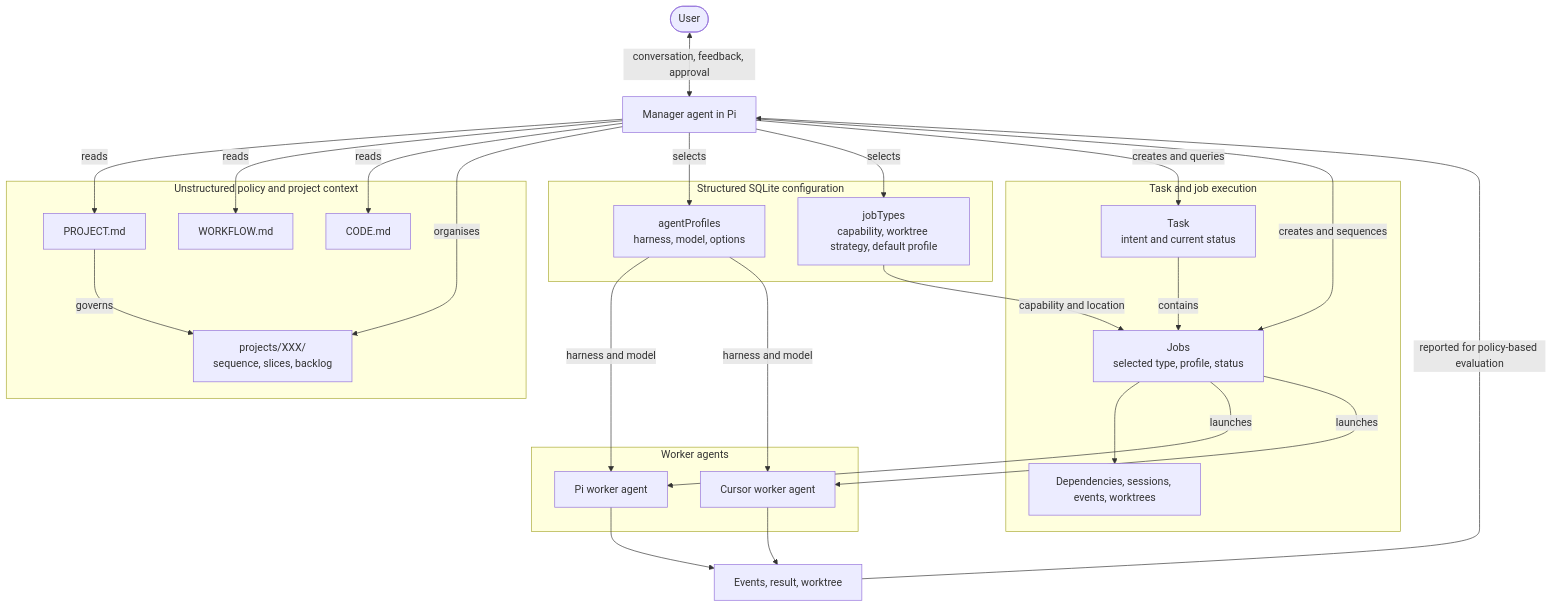
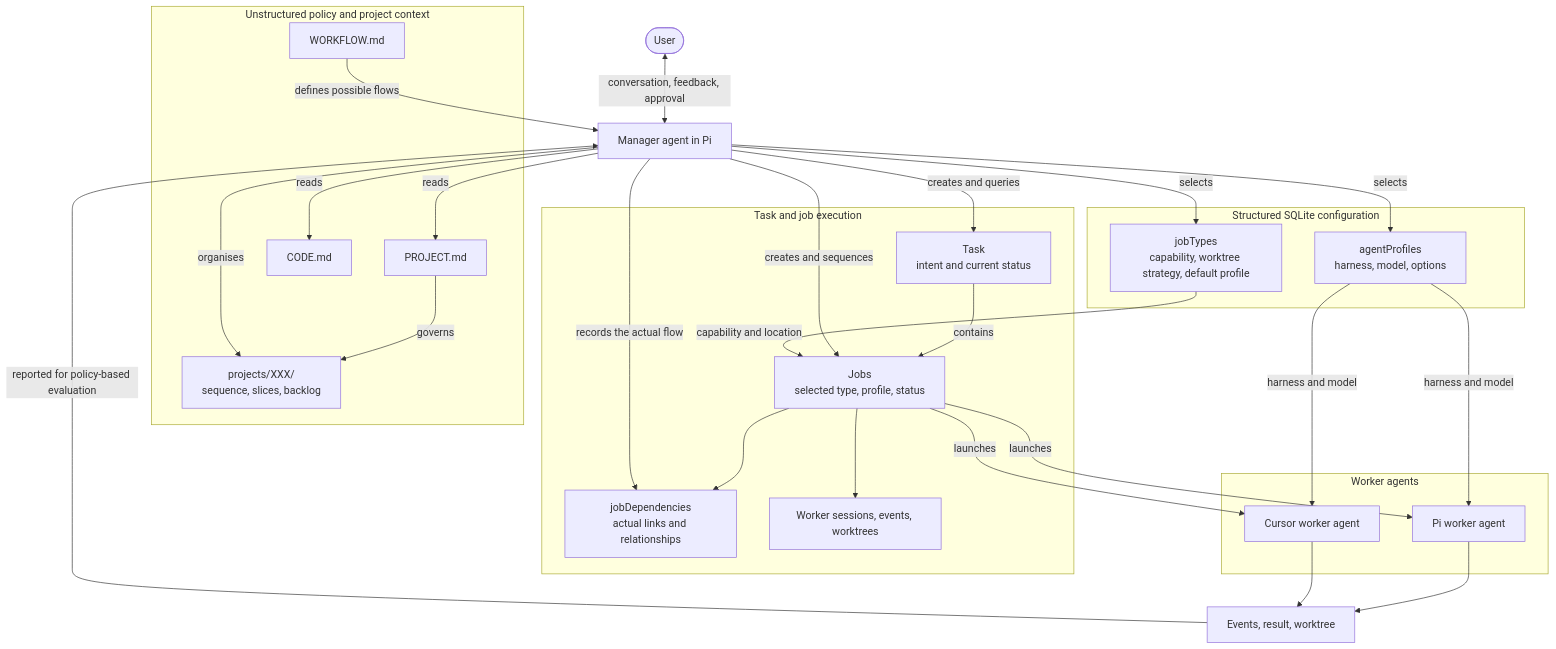
One commit to danielbush/pi-worker-agent changed the diagram in README.md. Above: the diagram before and after it, drawn with Mermaid. The commit also changed other lines of this file and 1 other file, not shown here.

Commit message:
docs: distinguish workflow policy from execution history

````diff
--- a/README.md
+++ b/README.md
@@ -25,47 +25,51 @@
 ```mermaid
 flowchart TB
     User([User]) <-->|conversation, feedback, approval| Manager[Manager agent in Pi]
 
     subgraph Policy[Unstructured policy and project context]
         ProjectPolicy[PROJECT.md]
         WorkflowPolicy[WORKFLOW.md]
         CodePolicy[CODE.md]
         Projects[projects/XXX/<br/>sequence, slices, backlog]
         ProjectPolicy -->|governs| Projects
     end
 
     subgraph Database[Structured SQLite configuration]
         AgentProfiles[agentProfiles<br/>harness, model, options]
         JobTypes[jobTypes<br/>capability, worktree strategy, default profile]
     end
 
     subgraph Execution[Task and job execution]
         Task[Task<br/>intent and current status]
         Jobs[Jobs<br/>selected type, profile, status]
-        JobState[Dependencies, sessions, events, worktrees]
-        Task -->|contains| Jobs --> JobState
+        JobDependencies[jobDependencies<br/>actual links and relationships]
+        JobArtifacts[Worker sessions, events, worktrees]
+        Task -->|contains| Jobs
+        Jobs --> JobDependencies
+        Jobs --> JobArtifacts
     end
 
     subgraph WorkerAgents[Worker agents]
         PiWorker[Pi worker agent]
         CursorWorker[Cursor worker agent]
     end
 
     Jobs -->|launches| PiWorker
     Jobs -->|launches| CursorWorker
     PiWorker --> Result[Events, result, worktree]
     CursorWorker --> Result
 
     Manager -->|reads| ProjectPolicy
-    Manager -->|reads| WorkflowPolicy
+    WorkflowPolicy -->|defines possible flows| Manager
     Manager -->|reads| CodePolicy
     Manager -->|organises| Projects
     Manager -->|selects| AgentProfiles
     Manager -->|selects| JobTypes
     Manager -->|creates and queries| Task
     Manager -->|creates and sequences| Jobs
+    Manager -->|records the actual flow| JobDependencies
     JobTypes -->|capability and location| Jobs
     AgentProfiles -->|harness and model| PiWorker
     AgentProfiles -->|harness and model| CursorWorker
     Result -->|reported for policy-based evaluation| Manager
 ```
````
